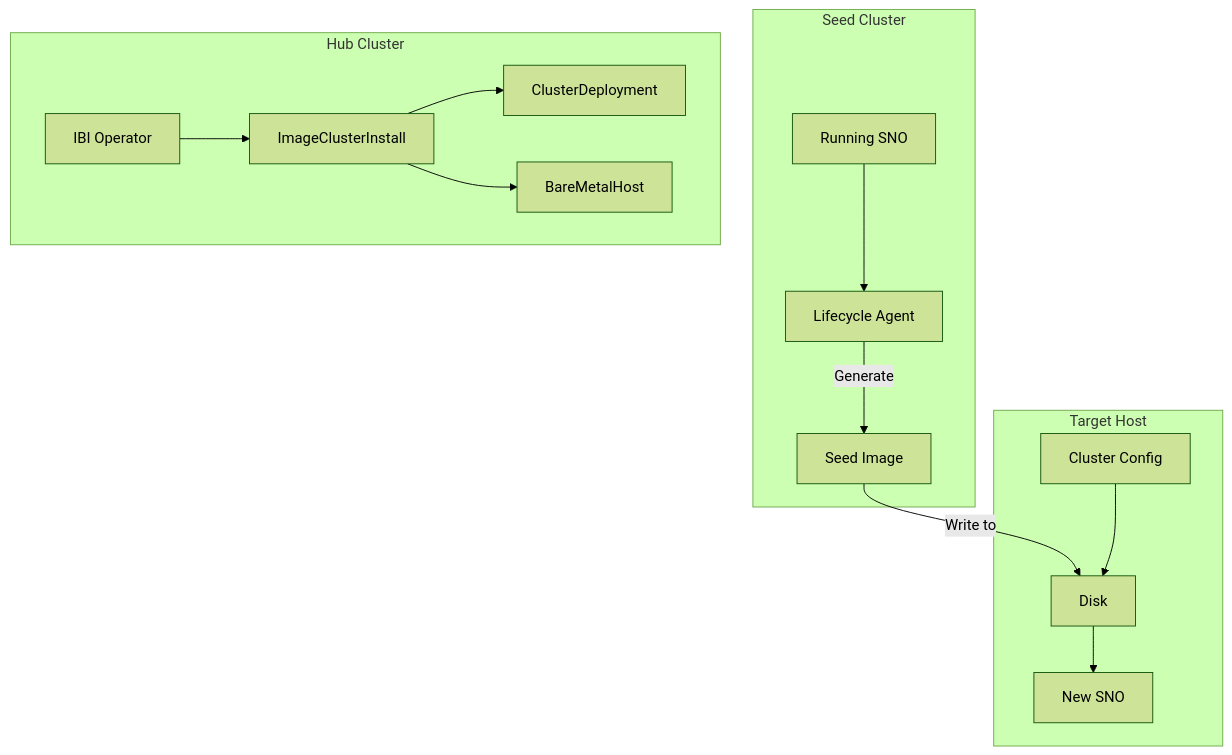
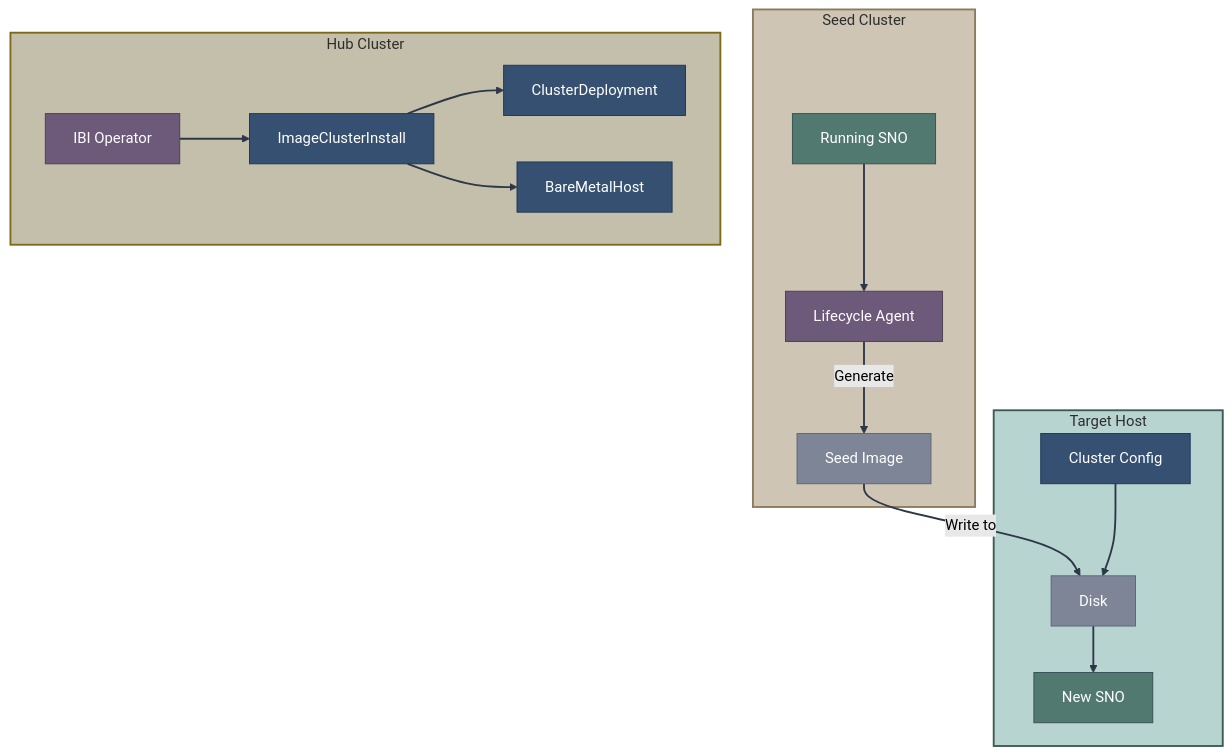
Before and after one commit to zszabo-rh/openshift-install-guide: the first of 3 diagrams in 04-image-based-installation/ibi.md, drawn with Mermaid (forest theme). The commit also changed other lines of this file and 16 other files, not shown here.

Commit message:
improved diagram style

````diff
--- a/04-image-based-installation/ibi.md
+++ b/04-image-based-installation/ibi.md
@@ -7,32 +7,49 @@
 ```mermaid
 graph TB
-    subgraph "Seed Cluster"
+    subgraph seed["Seed Cluster"]
         SEED_SNO[Running SNO]
         LCA[Lifecycle Agent]
         SEED_IMG[Seed Image]
         
         SEED_SNO --> LCA
         LCA -->|Generate| SEED_IMG
     end
     
-    subgraph "Hub Cluster"
+    subgraph hub["Hub Cluster"]
         IBI_OP[IBI Operator]
         ICI[ImageClusterInstall]
         CD[ClusterDeployment]
         BMH[BareMetalHost]
         
         IBI_OP --> ICI
         ICI --> CD
         ICI --> BMH
     end
     
-    subgraph "Target Host"
+    subgraph target["Target Host"]
         DISK[Disk]
         CONFIG[Cluster Config]
         TARGET_SNO[New SNO]
         
         SEED_IMG -->|Write to| DISK
         CONFIG --> DISK
         DISK --> TARGET_SNO
     end
+    
+    style SEED_SNO fill:#52796f,stroke:#354f52,color:#fff
+    style LCA fill:#6d597a,stroke:#4a3f50,color:#fff
+    style SEED_IMG fill:#7d8597,stroke:#5c6378,color:#fff
+    style IBI_OP fill:#6d597a,stroke:#4a3f50,color:#fff
+    style ICI fill:#355070,stroke:#1d3557,color:#fff
+    style CD fill:#355070,stroke:#1d3557,color:#fff
+    style BMH fill:#355070,stroke:#1d3557,color:#fff
+    style DISK fill:#7d8597,stroke:#5c6378,color:#fff
+    style CONFIG fill:#355070,stroke:#1d3557,color:#fff
+    style TARGET_SNO fill:#52796f,stroke:#354f52,color:#fff
+    
+    style seed fill:#cfc5b5,stroke:#8d7a5a,stroke-width:2px,color:#2d2d2d
+    style hub fill:#c4bfaa,stroke:#7a6a1a,stroke-width:2px,color:#2d2d2d
+    style target fill:#b8d4d0,stroke:#3d5a52,stroke-width:2px,color:#2d2d2d
+    
+    linkStyle default stroke:#2d3748,stroke-width:2px
 ```
````
